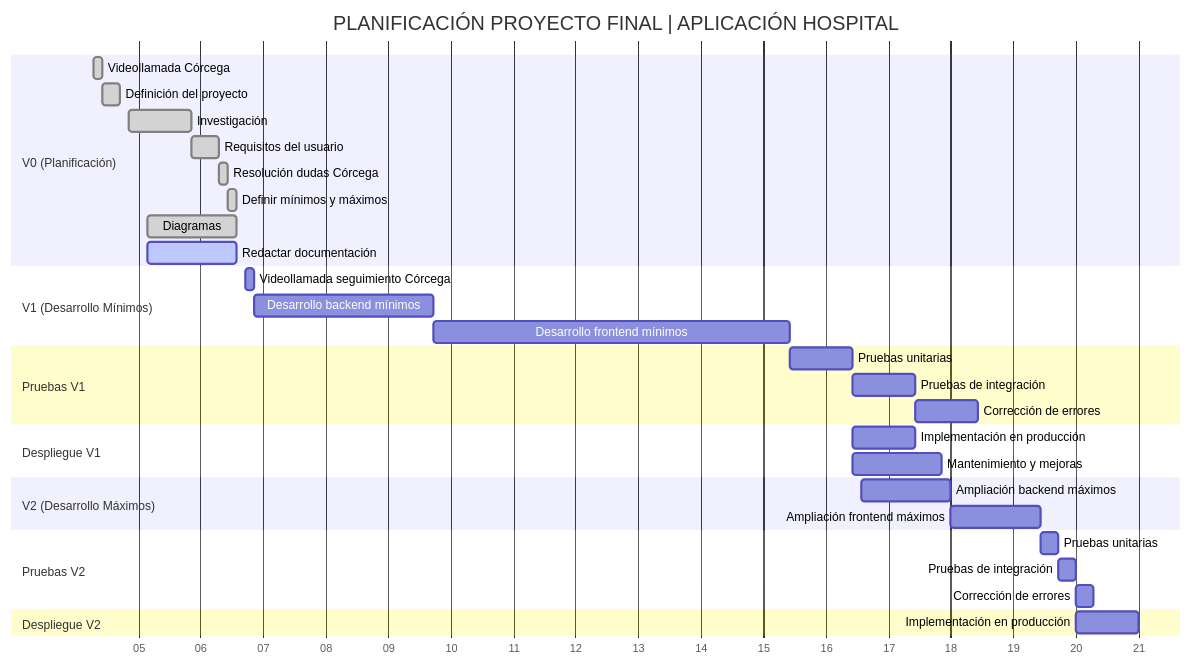
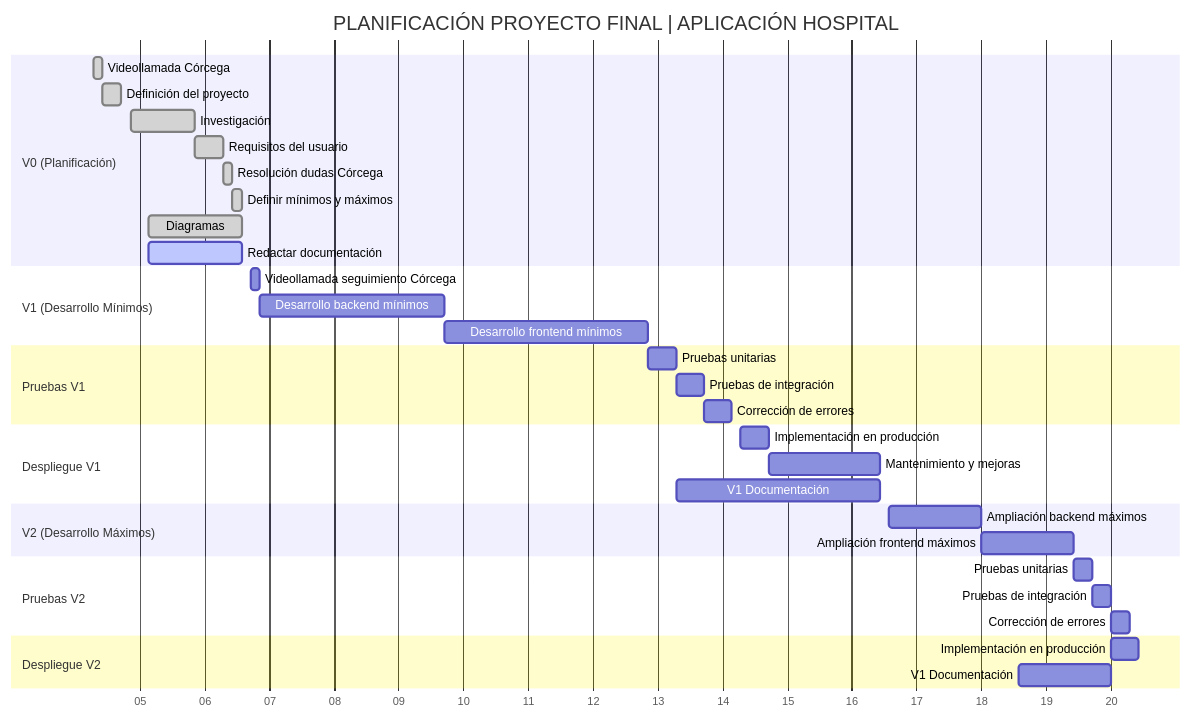
One commit to Cri4tura/Hospital-Front-end changed the first of 2 diagrams in README.md. Above: the diagram before and after it, drawn with Mermaid. The commit also changed other lines of this file, not shown here.

````diff
--- a/README.md
+++ b/README.md
@@ -12,42 +39,44 @@
 ```mermaid
 gantt
     title PLANIFICACIÓN PROYECTO FINAL | APLICACIÓN HOSPITAL
     dateFormat  YYYY-MM-DD
     axisFormat %W
 
     section V0 (Planificación)
     Videollamada Córcega          :done, v0a, 2025-02-04, 1d
     Definición del proyecto       :done, v0b, 2025-02-05, 2d
     Investigación                 :done, v0c, 2025-02-08, 7d
     Requisitos del usuario        :done, v0d, 2025-02-15, 3d
     Resolución dudas Córcega      :done, v0e, 2025-02-18, 1d
     Definir mínimos y máximos     :done, v0f, 2025-02-19, 1d
     Diagramas                     :done, v0g, 2025-02-10, 10d
     Redactar documentación        :active, v0h, 2025-02-10, 10d
 
     section V1 (Desarrollo Mínimos)
     Videollamada seguimiento Córcega    : v1a, 2025-02-21, 1d
     Desarrollo backend mínimos          : v1b, after v1a, 20d
-    Desarrollo frontend mínimos         : v1c, after v1b, 2025-04-23
+    Desarrollo frontend mínimos         : v1c, after v1b, 2025-04-05
 
     section Pruebas V1
-    Pruebas unitarias                   : des1, after v1c, 7d
-    Pruebas de integración              : 7d
-    Corrección de errores               : 7d
+    Pruebas unitarias                   : des1, after v1c, 3d
+    Pruebas de integración              : 3d
+    Corrección de errores               : 3d
 
     section Despliegue V1
-    Implementación en producción        : des4, after des3, 7d
-    Mantenimiento y mejoras             : des5, 2025-04-30, 10d
+    Implementación en producción        : des4, 2025-04-15, 3d
+    Mantenimiento y mejoras             : des5, 2025-04-18, 2025-04-30
+    V1 Documentación                    : des6, after des1, 2025-04-30
 
     section V2 (Desarrollo Máximos)
     Ampliación backend máximos          : v2a, 2025-05-01, 10d
     Ampliación frontend máximos         : v2b, after v2a, 10d
 
     section Pruebas V2
-    Pruebas unitarias                   : des9, after v2b, 2d
-    Pruebas de integración              : des10, after des9, 2d
-    Corrección de errores               : des11, after des10, 2d
+    Pruebas unitarias                   : des7, after v2b, 2d
+    Pruebas de integración              : des8, after des7, 2d
+    Corrección de errores               : des9, after des8, 2d
 
     section Despliegue V2
-    Implementación en producción        : des12, 2025-05-25, 7d
+    Implementación en producción        : des10, 2025-05-25, 3d
+    V1 Documentación                    : des6, 2025-05-15, 2025-05-25
 ```
````
